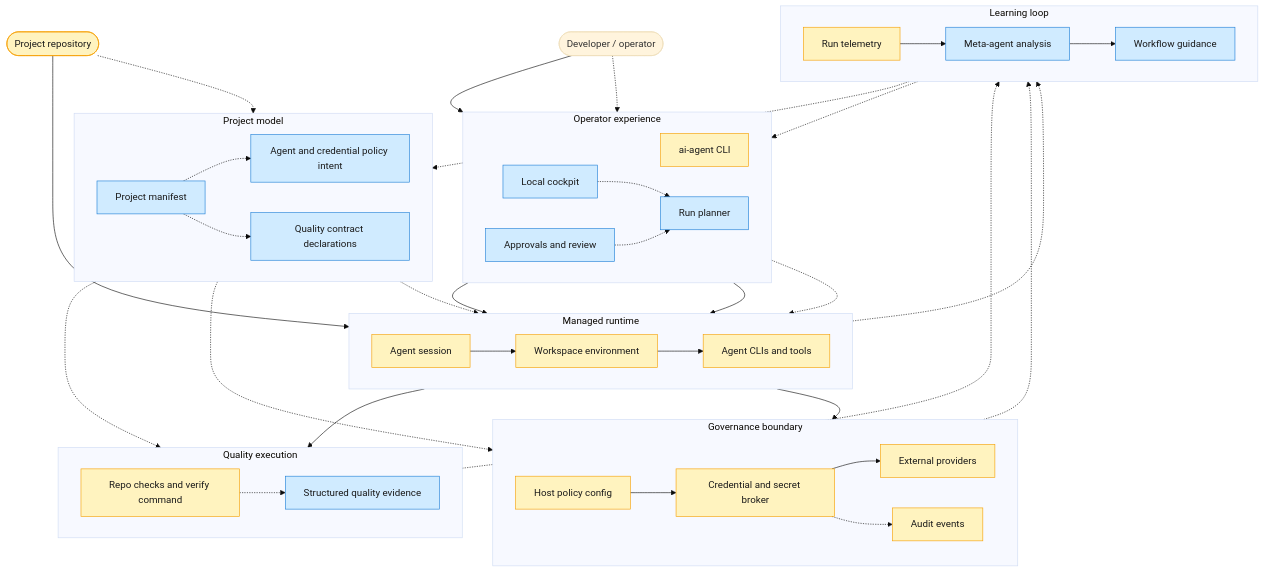
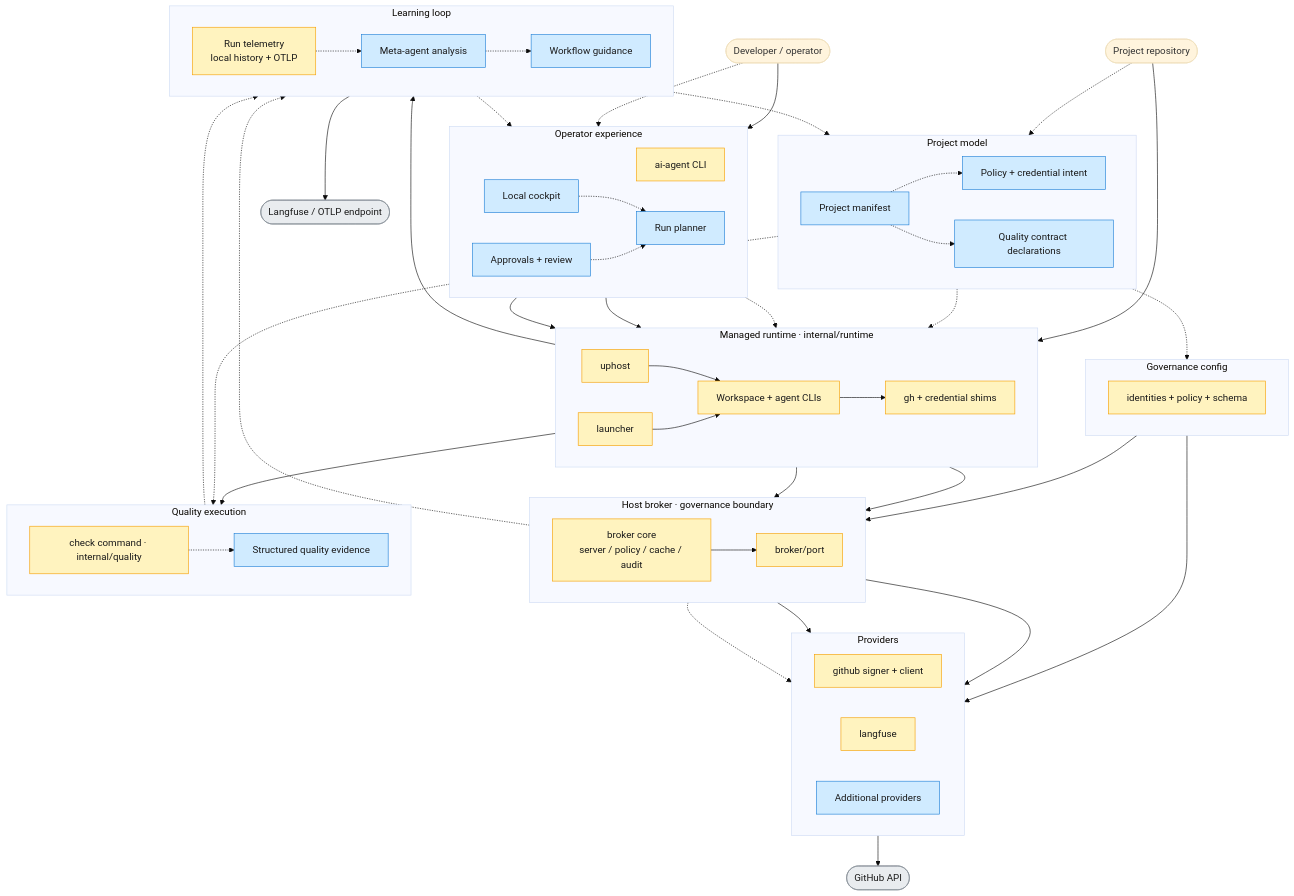
The second of 2 diagrams in docs/current-north-star-architecture.md (maryzam/ai-crew-localdev), drawn with Mermaid (base theme) before and after one commit. The commit also changed other lines of this file, not shown here.

First line of the commit message:
docs: split architecture layers into as-of-today and north-star diagrams

````diff
--- a/docs/current-north-star-architecture.md
+++ b/docs/current-north-star-architecture.md
@@ -15,82 +151,106 @@
 
     subgraph Experience[Operator experience]
         direction LR
-        CLI[ai-agent CLI]
+        CLIBin[ai-agent CLI]
         Cockpit[Local cockpit]
         Planner[Run planner]
-        Approvals[Approvals and review]
+        Approvals[Approvals + review]
     end
 
     subgraph ProjectModel[Project model]
         direction LR
         Manifest[Project manifest]
-        PolicyIntent[Agent and credential policy intent]
-        ContractDeclarations[Quality contract declarations]
+        PolicyIntent[Policy + credential intent]
+        Contracts[Quality contract declarations]
     end
 
-    subgraph Runtime[Managed runtime]
+    subgraph Runtime[Managed runtime · internal/runtime]
         direction LR
-        Session[Agent session]
-        Workspace[Workspace environment]
-        Agents[Agent CLIs and tools]
+        UpHost[uphost]
+        Launcher[launcher]
+        Workspace[Workspace + agent CLIs]
+        Shims[gh + credential shims]
     end
 
-    subgraph Governance[Governance boundary]
+    subgraph Broker[Host broker · governance boundary]
         direction LR
-        Policy[Host policy config]
-        Broker[Credential and secret broker]
-        Providers[External providers]
-        Audit[Audit events]
+        BrokerCore[broker core<br/>server / policy / cache / audit]
+        Port[broker/port]
+    end
+
+    subgraph Providers[Providers]
+        direction LR
+        GitHub[github signer + client]
+        Langfuse[langfuse]
+        MoreProviders[Additional providers]
+    end
+
+    subgraph Config[Governance config]
+        direction LR
+        Store[identities + policy + schema]
     end
 
     subgraph Quality[Quality execution]
         direction LR
-        Checks[Repo checks and verify command]
+        Checks[check command · internal/quality]
         Evidence[Structured quality evidence]
     end
 
     subgraph Intelligence[Learning loop]
         direction LR
-        Telemetry[Run telemetry]
+        Telemetry[Run telemetry<br/>local history + OTLP]
         Meta[Meta-agent analysis]
         Guidance[Workflow guidance]
     end
 
-    Operator --> CLI
+    ExtGitHub([GitHub API])
+    ExtLF([Langfuse / OTLP endpoint])
+
+    Operator --> CLIBin
     Operator -.-> Cockpit
     Cockpit -.-> Planner
     Approvals -.-> Planner
-    Project --> Workspace
+    Planner -.-> Launcher
+
+    Project --> UpHost
     Project -.-> Manifest
     Manifest -.-> PolicyIntent
-    Manifest -.-> ContractDeclarations
+    Manifest -.-> Contracts
     Manifest -.-> Workspace
 
-    CLI --> Session
-    CLI --> Workspace
-    Planner -.-> Session
-    Session --> Workspace
-    Workspace --> Agents
-    Agents --> Checks
-    ContractDeclarations -.-> Checks
+    CLIBin --> UpHost
+    CLIBin --> Launcher
+    UpHost --> Workspace
+    Launcher --> Workspace
+    Workspace --> Shims
+    Shims --> BrokerCore
+    Launcher --> BrokerCore
+
+    BrokerCore --> Port
+    Port --> GitHub
+    Port --> Langfuse
+    Port -.-> MoreProviders
+    GitHub --> ExtGitHub
+    PolicyIntent -.-> Store
+    Store --> BrokerCore
+    Store --> GitHub
+
+    Workspace --> Checks
+    Contracts -.-> Checks
     Checks -.-> Evidence
+    Launcher --> Telemetry
     Evidence -.-> Telemetry
-    PolicyIntent -.-> Policy
-    Policy --> Broker
-    Agents --> Broker
-    Broker --> Providers
-
-    Broker -.-> Audit
-    Session -.-> Telemetry
-    Audit -.-> Telemetry
-    Telemetry --> Meta
-    Meta --> Guidance
+    BrokerCore -.-> Telemetry
+    Telemetry --> ExtLF
+    Telemetry -.-> Meta
+    Meta -.-> Guidance
     Guidance -.-> Manifest
     Guidance -.-> Cockpit
 
     classDef current fill:#fff3bf,stroke:#f59f00,color:#1a1a1a
-    classDef north fill:#d0ebff,stroke:#1c7ed6,color:#1a1a1a
-    class CLI,Project,Policy,Session,Workspace,Agents,Broker,Providers,Audit,Checks,Telemetry current
-    class Cockpit,Planner,Approvals,Manifest,PolicyIntent north
-    class ContractDeclarations,Evidence,Meta,Guidance north
+    classDef planned fill:#d0ebff,stroke:#1c7ed6,color:#1a1a1a
+    classDef ext fill:#e9ecef,stroke:#868e96,color:#1a1a1a
+    class CLIBin,UpHost,Launcher,Workspace,Shims,BrokerCore,Port,GitHub,Langfuse,Store,Checks,Telemetry current
+    class Cockpit,Planner,Approvals,Manifest,PolicyIntent,Contracts,MoreProviders,Evidence,Meta,Guidance planned
+    class ExtGitHub,ExtLF ext
 ```
````
